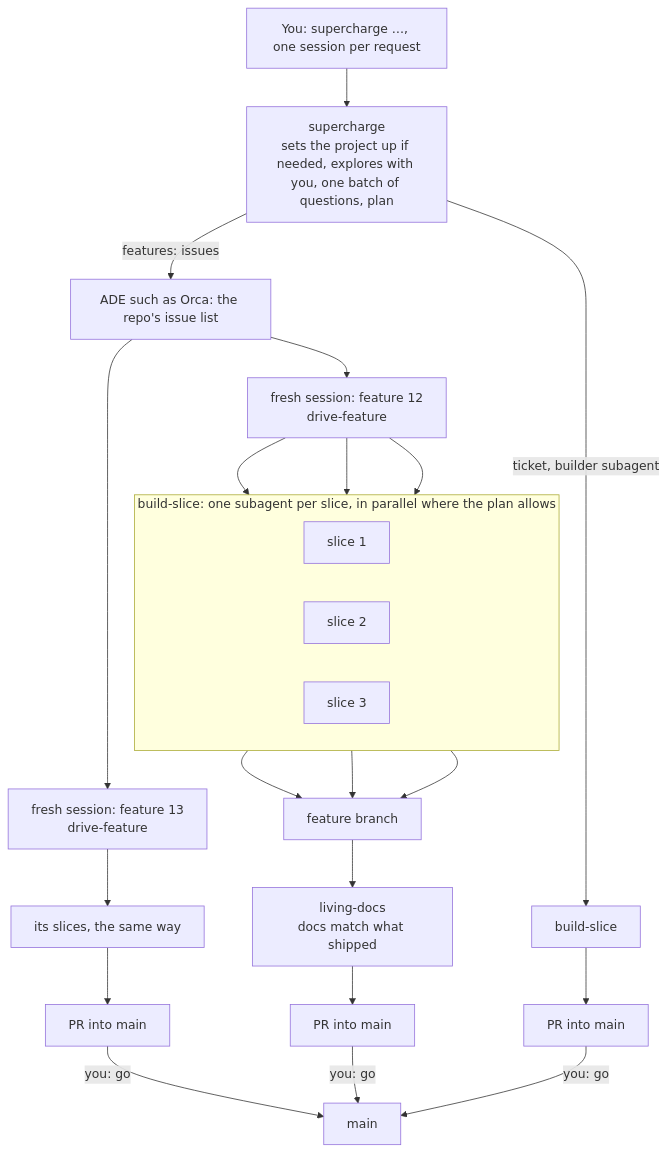
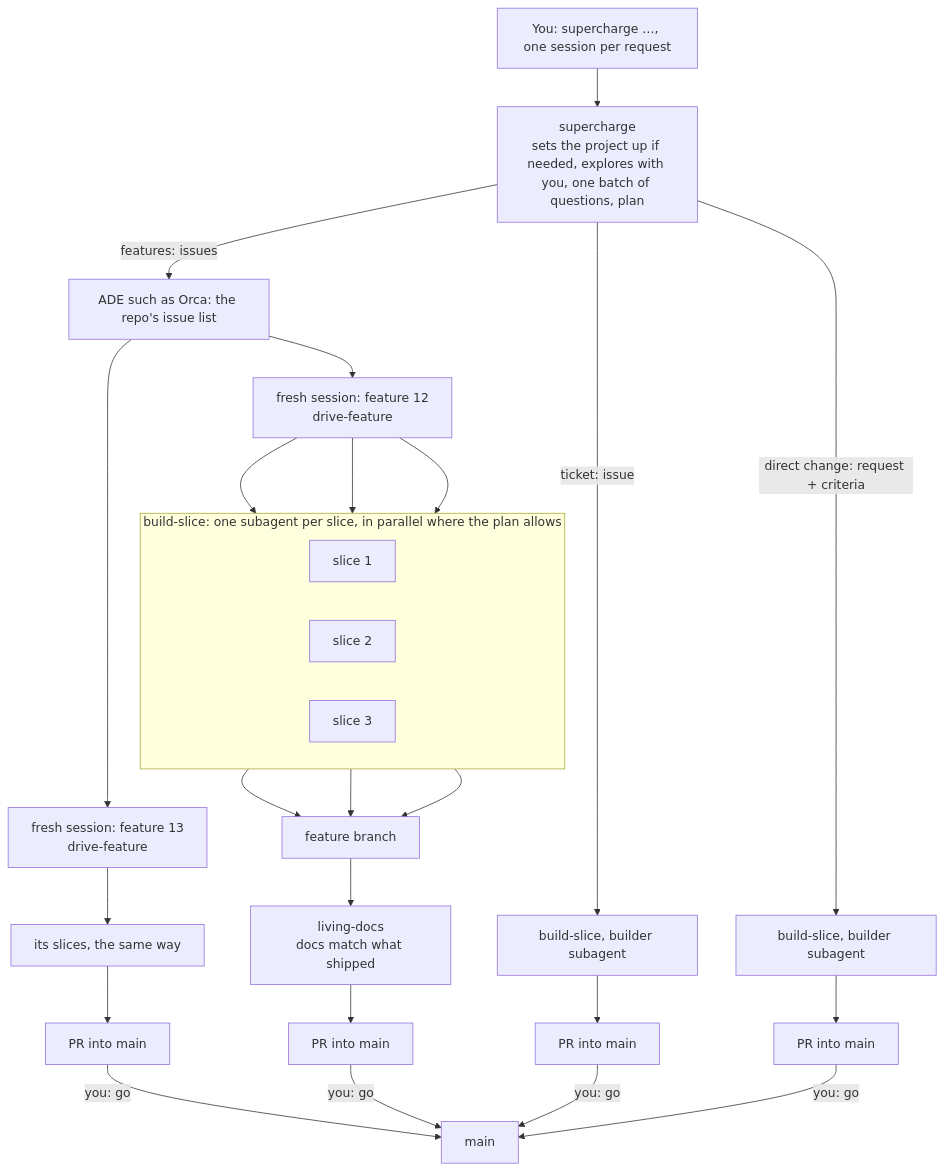
Before and after one commit to po2studio/supercharge: the diagram in README.md, drawn with Mermaid. The commit also changed other lines of this file and 2 other files, not shown here.

Commit message:
Direct route writes acceptance criteria; feature branch pushed before builders; README shows builder subagent paths

````diff
--- a/README.md
+++ b/README.md
@@ -46,20 +46,22 @@
 ```mermaid
 flowchart TB
     Y["You: supercharge …, one session per request"] --> P["supercharge<br>sets the project up if needed, explores with you, one batch of questions, plan"]
-    P -->|"ticket, builder subagent"| T["build-slice"]
+    P -->|"direct change: request + criteria"| D["build-slice, builder subagent"]
+    P -->|"ticket: issue"| T["build-slice, builder subagent"]
     P -->|"features: issues"| O["ADE such as Orca: the repo's issue list"]
     O --> F2["fresh session: feature 13<br>drive-feature"]
     O --> F1["fresh session: feature 12<br>drive-feature"]
     F2 --> F2s["its slices, the same way"] --> PR2["PR into main"]
     subgraph S ["build-slice: one subagent per slice, in parallel where the plan allows"]
         direction LR
         A1["slice 1"]
         A2["slice 2"]
         A3["slice 3"]
     end
     F1 --> A1 & A2 & A3
     A1 & A2 & A3 --> B["feature branch"]
     B --> L["living-docs<br>docs match what shipped"] --> PR1["PR into main"]
+    D --> PR4["PR into main"]
     T --> PR3["PR into main"]
-    PR2 & PR1 & PR3 -->|"you: go"| M["main"]
+    PR2 & PR1 & PR3 & PR4 -->|"you: go"| M["main"]
 ```
````
